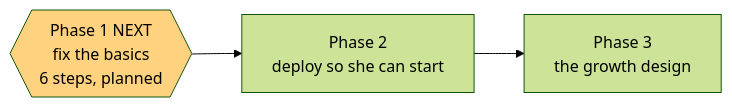
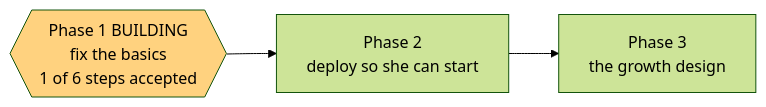
The diagram in .oplan/poc-basics/STATUS.md (dkreinov/magic-clinic-english), drawn with Mermaid (forest theme) before and after one commit. The commit also changed other lines of this file and 2 other files, not shown here.

Commit message:
oplan: step 1.1 accepted and checkpointed

````diff
--- a/.oplan/poc-basics/STATUS.md
+++ b/.oplan/poc-basics/STATUS.md
@@ -9,7 +9,7 @@
 ```mermaid
 flowchart LR
-    P1{{Phase 1 NEXT<br/>fix the basics<br/>6 steps, planned}} --> P2
+    P1{{Phase 1 BUILDING<br/>fix the basics<br/>1 of 6 steps accepted}} --> P2
     P2[Phase 2<br/>deploy so she can start]  --> P3
     P3[Phase 3<br/>the growth design]
     style P1 fill:#ffd27f
 ```
````
